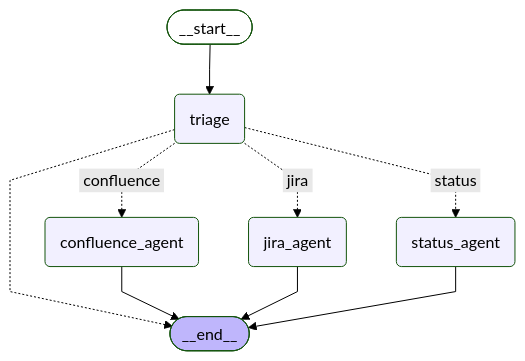
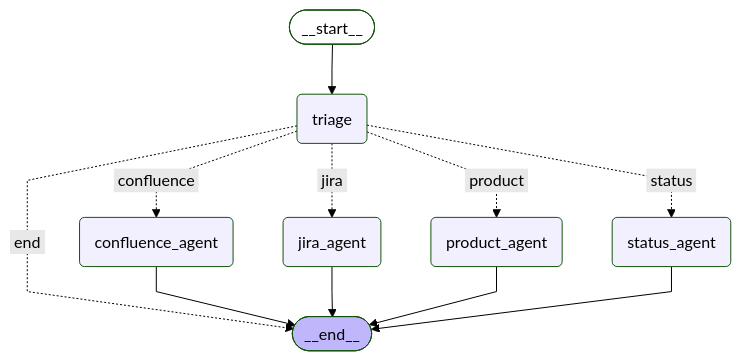
Before and after one commit to framem/lang-graph: the diagram in examples/cs network/workflow_graph.mmd, drawn with Mermaid (forest theme). The commit also changed 5 other files, not shown here.

Commit message:
add product agent

```diff
--- a/examples/cs network/workflow_graph.mmd
+++ b/examples/cs network/workflow_graph.mmd
@@ -1,23 +1,26 @@
 ---
 config:
   flowchart:
     curve: linear
 ---
 graph TD;
 	__start__([<p>__start__</p>]):::first
 	triage(triage)
+	product_agent(product_agent)
 	jira_agent(jira_agent)
 	confluence_agent(confluence_agent)
 	status_agent(status_agent)
 	__end__([<p>__end__</p>]):::last
 	__start__ --> triage;
-	triage -.-> __end__;
+	triage -. &nbsp;end&nbsp; .-> __end__;
 	triage -. &nbsp;confluence&nbsp; .-> confluence_agent;
 	triage -. &nbsp;jira&nbsp; .-> jira_agent;
+	triage -. &nbsp;product&nbsp; .-> product_agent;
 	triage -. &nbsp;status&nbsp; .-> status_agent;
 	confluence_agent --> __end__;
 	jira_agent --> __end__;
+	product_agent --> __end__;
 	status_agent --> __end__;
 	classDef default fill:#f2f0ff,line-height:1.2
 	classDef first fill-opacity:0
 	classDef last fill:#bfb6fc
```
